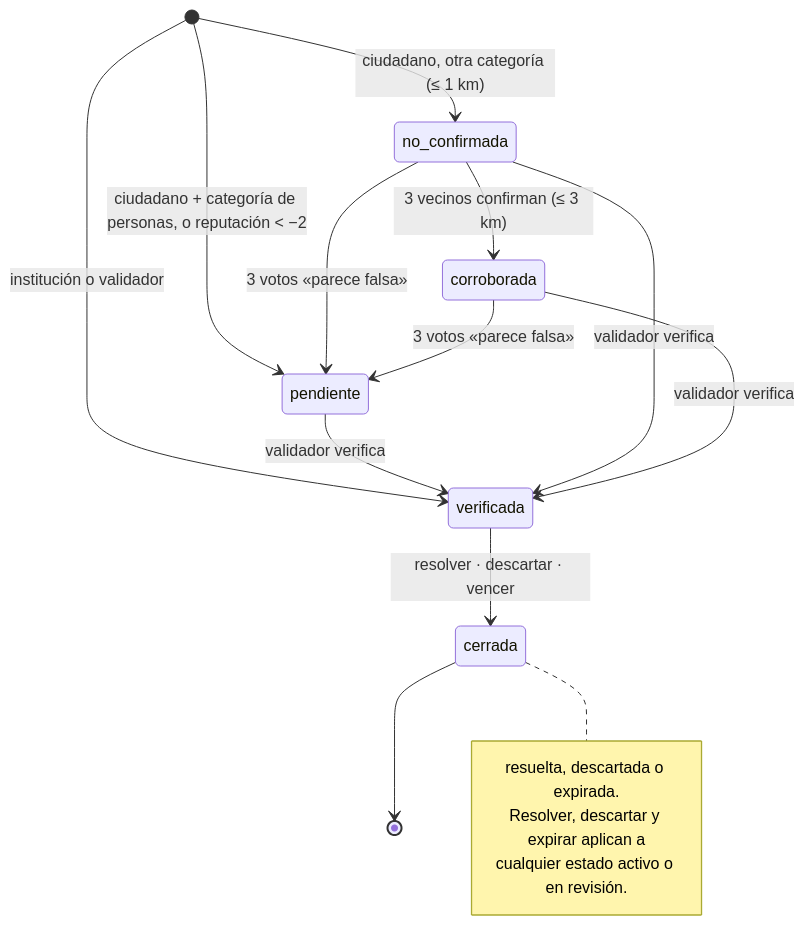
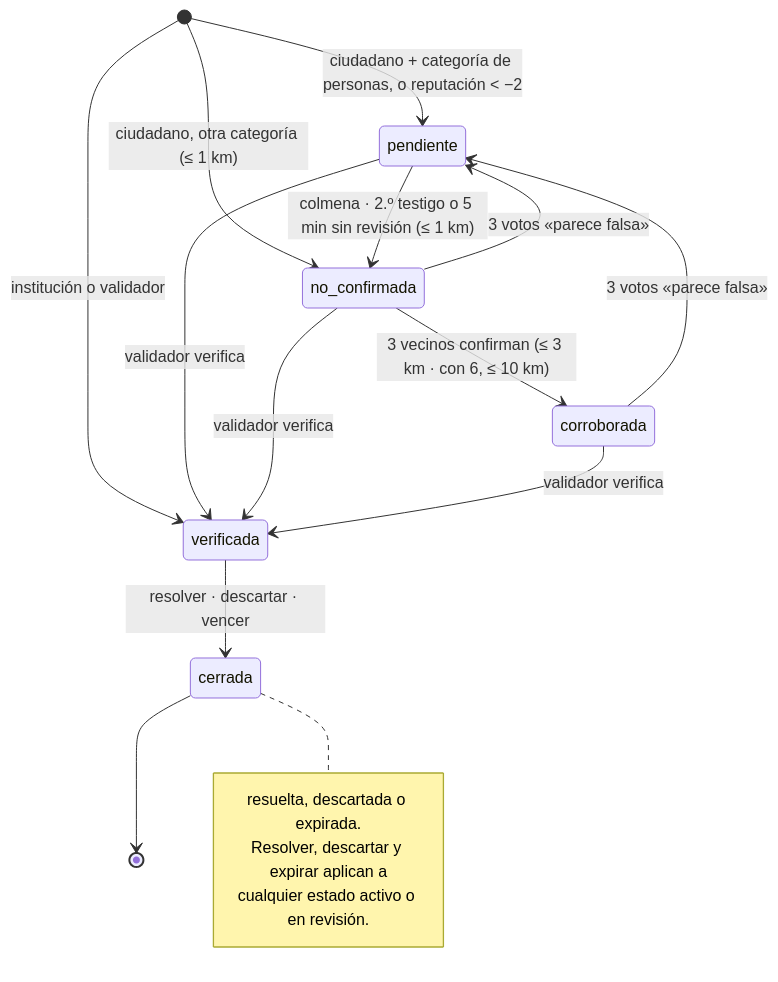
One commit to Maruchan35/ALERTA-TEMPRANA changed the second of 2 diagrams in docs/arquitectura.md. Above: the diagram before and after it, drawn with Mermaid. The commit also changed other lines of this file and 32 other files, not shown here.

First line of the commit message:
Colmena: las alertas avanzan sin depender de un administrador; acceso con correo reparado

````diff
--- a/docs/arquitectura.md
+++ b/docs/arquitectura.md
@@ -49,19 +49,20 @@
 ```mermaid
 stateDiagram-v2
   [*] --> pendiente: ciudadano + categoría de personas, o reputación < −2
   [*] --> no_confirmada: ciudadano, otra categoría (≤ 1 km)
   [*] --> verificada: institución o validador
-  no_confirmada --> corroborada: 3 vecinos confirman (≤ 3 km)
+  pendiente --> no_confirmada: colmena · 2.º testigo o 5 min sin revisión (≤ 1 km)
+  no_confirmada --> corroborada: 3 vecinos confirman (≤ 3 km · con 6, ≤ 10 km)
   pendiente --> verificada: validador verifica
   no_confirmada --> verificada: validador verifica
   corroborada --> verificada: validador verifica
   no_confirmada --> pendiente: 3 votos «parece falsa»
   corroborada --> pendiente: 3 votos «parece falsa»
   verificada --> cerrada: resolver · descartar · vencer
   cerrada --> [*]
   note right of cerrada
     resuelta, descartada o expirada.
     Resolver, descartar y expirar aplican a
     cualquier estado activo o en revisión.
   end note
 ```
````
